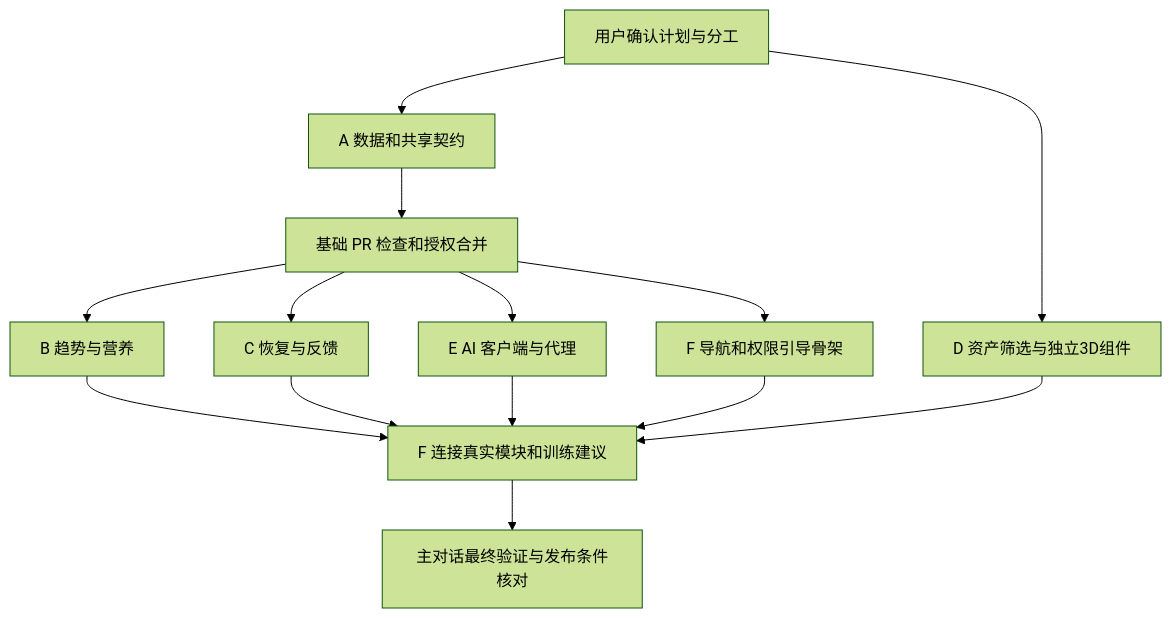
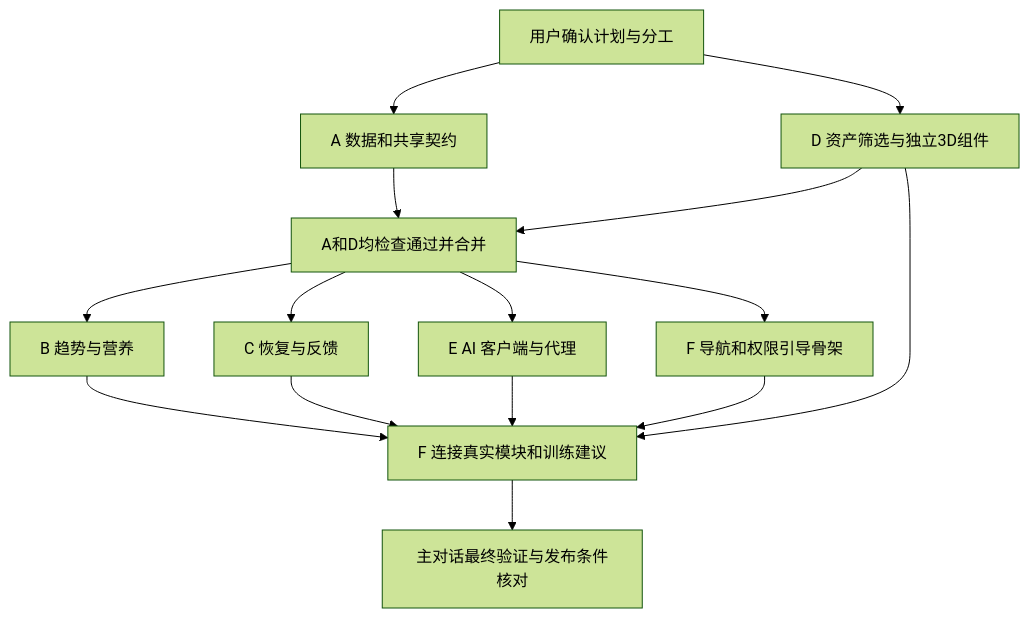
One commit to Jerryszz02/trainote changed the diagram in docs/planning/health-analysis-delivery.md. Above: the diagram before and after it, drawn with Mermaid (forest theme). The commit also changed other lines of this file and 3 other files, not shown here.

````diff
--- a/docs/planning/health-analysis-delivery.md
+++ b/docs/planning/health-analysis-delivery.md
@@ -53,16 +53,17 @@
 ```mermaid
 flowchart TD
   P[用户确认计划与分工] --> A[A 数据和共享契约]
   P --> D[D 资产筛选与独立3D组件]
-  A --> G[基础 PR 检查和授权合并]
+  A --> G[A和D均检查通过并合并]
+  D --> G
   G --> B[B 趋势与营养]
   G --> C[C 恢复与反馈]
   G --> E[E AI 客户端与代理]
   G --> F[F 导航和权限引导骨架]
   B --> I[F 连接真实模块和训练建议]
   C --> I
   D --> I
   E --> I
   F --> I
   I --> V[主对话最终验证与发布条件核对]
 ```
````
